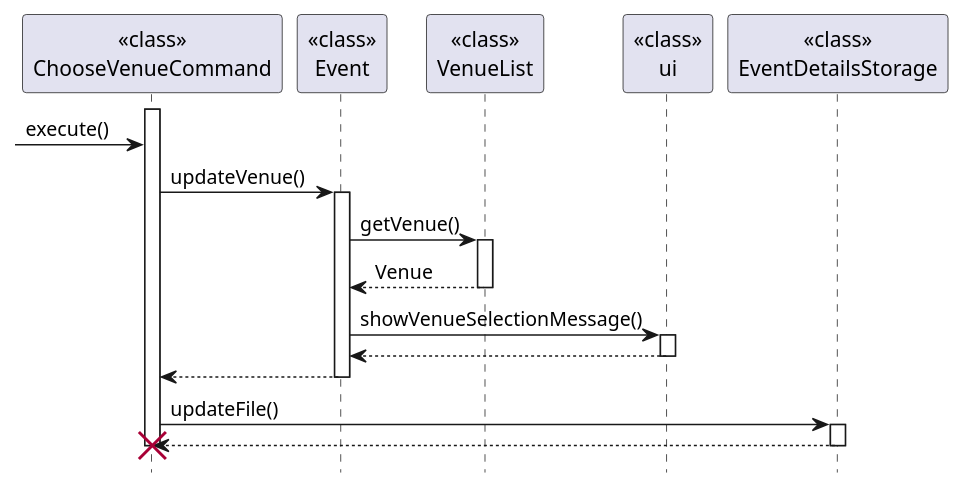
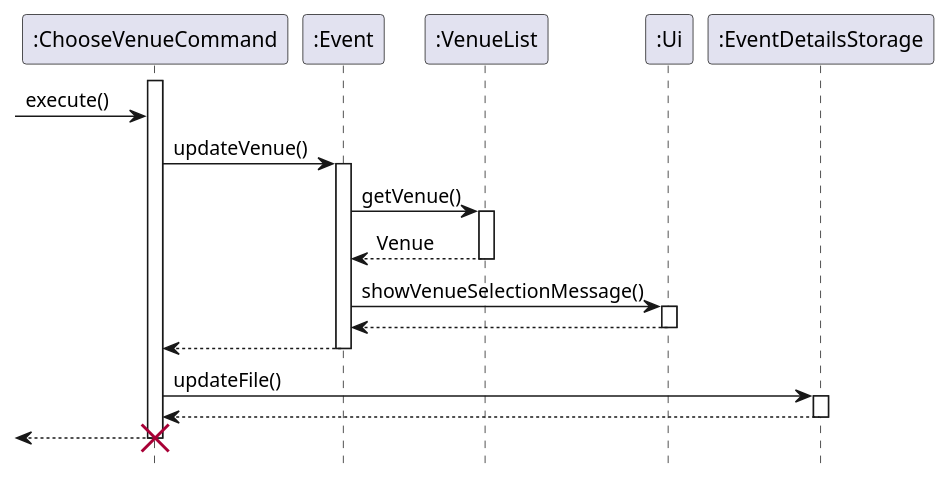
One commit to nus-cs2113-AY2223S2/tp changed the diagram in docs/UML/chooseVenueCommand.puml. Above: the diagram before and after it, drawn with PlantUML. The commit also changed 12 other files, not shown here.

```diff
--- a/docs/UML/chooseVenueCommand.puml
+++ b/docs/UML/chooseVenueCommand.puml
@@ -1,29 +1,31 @@
 @startuml
 'https://plantuml.com/sequence-diagram
 
 hide footbox
-activate "<<class>>\nChooseVenueCommand"
--> "<<class>>\nChooseVenueCommand": execute()
+activate ":ChooseVenueCommand"
+-> ":ChooseVenueCommand": execute()
 
-"<<class>>\nChooseVenueCommand" -> "<<class>>\nEvent": updateVenue()
-activate "<<class>>\nEvent"
-"<<class>>\nEvent" -> "<<class>>\nVenueList": getVenue()
-activate "<<class>>\nVenueList"
-"<<class>>\nVenueList" --> "<<class>>\nEvent": Venue
-deactivate "<<class>>\nVenueList"
-"<<class>>\nEvent" -> "<<class>>\nui": showVenueSelectionMessage()
-activate "<<class>>\nui"
-"<<class>>\nui" --> "<<class>>\nEvent":
-deactivate "<<class>>\nui"
-"<<class>>\nEvent" --> "<<class>>\nChooseVenueCommand":
-deactivate "<<class>>\nEvent"
+":ChooseVenueCommand" -> ":Event": updateVenue()
+activate ":Event"
+":Event" -> ":VenueList": getVenue()
+activate ":VenueList"
+":VenueList" --> ":Event": Venue
+deactivate ":VenueList"
+":Event" -> ":Ui": showVenueSelectionMessage()
+activate ":Ui"
+":Ui" --> ":Event":
+deactivate ":Ui"
+":Event" --> ":ChooseVenueCommand":
+deactivate ":Event"
 
-"<<class>>\nChooseVenueCommand" -> "<<class>>\nEventDetailsStorage": updateFile()
-activate "<<class>>\nEventDetailsStorage"
-"<<class>>\nEventDetailsStorage" --> "<<class>>\nChooseVenueCommand":
+":ChooseVenueCommand" -> ":EventDetailsStorage": updateFile()
+activate ":EventDetailsStorage"
+":EventDetailsStorage" --> ":ChooseVenueCommand":
 
-deactivate "<<class>>\nEventDetailsStorage"
+deactivate ":EventDetailsStorage"
+<-- ":ChooseVenueCommand"
 
-deactivate "<<class>>\nChooseVenueCommand"
-destroy "<<class>>\nChooseVenueCommand"
+deactivate ":ChooseVenueCommand"
+
+destroy ":ChooseVenueCommand"
 @enduml
```
